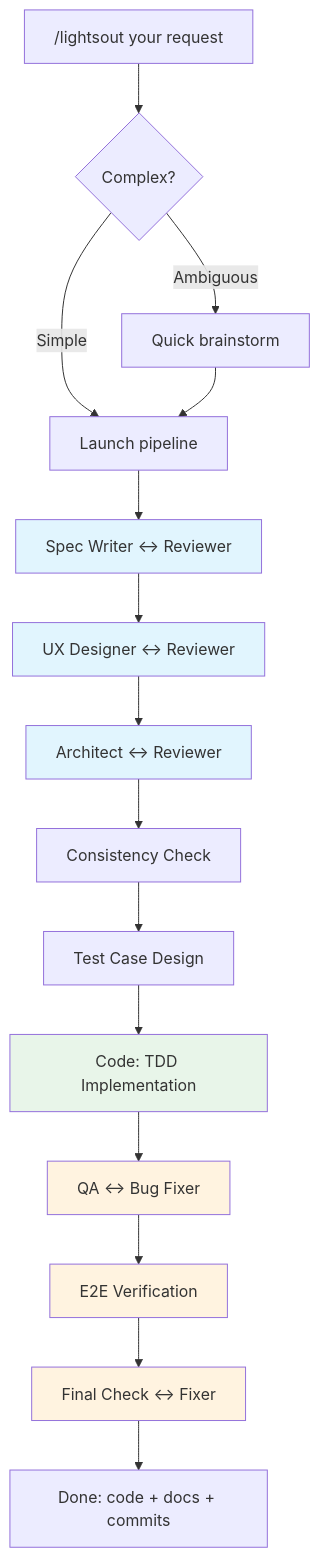
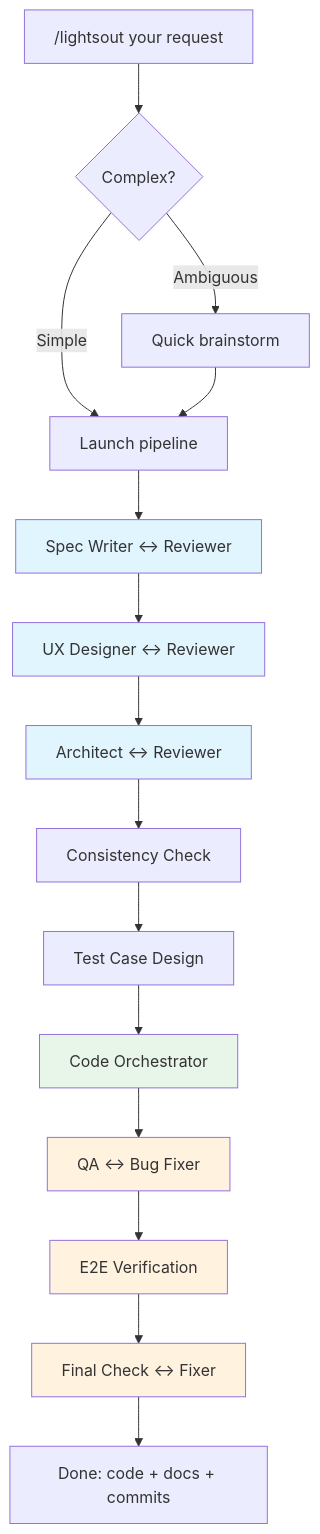
Before and after one commit to DreamChaserEric/claude-lights-out: the diagram in README.md, drawn with Mermaid. The commit also changed other lines of this file and 1 other file, not shown here.

````diff
--- a/README.md
+++ b/README.md
@@ -27,25 +44,25 @@
 ```mermaid
 graph TD
     A["/lightsout your request"] --> B{Complex?}
     B -->|Simple| C[Launch pipeline]
     B -->|Ambiguous| D[Quick brainstorm] --> C
 
     C --> S1[Spec Writer ↔ Reviewer]
     S1 --> S2[UX Designer ↔ Reviewer]
     S2 --> S3[Architect ↔ Reviewer]
     S3 --> S4[Consistency Check]
     S4 --> S5[Test Case Design]
-    S5 --> S6[Code: TDD Implementation]
+    S5 --> S6[Code Orchestrator]
     S6 --> S7[QA ↔ Bug Fixer]
     S7 --> S8[E2E Verification]
     S8 --> S9[Final Check ↔ Fixer]
     S9 --> R[Done: code + docs + commits]
 
     style S1 fill:#e1f5fe
     style S2 fill:#e1f5fe
     style S3 fill:#e1f5fe
     style S6 fill:#e8f5e9
     style S7 fill:#fff3e0
     style S8 fill:#fff3e0
     style S9 fill:#fff3e0
 ```
````
